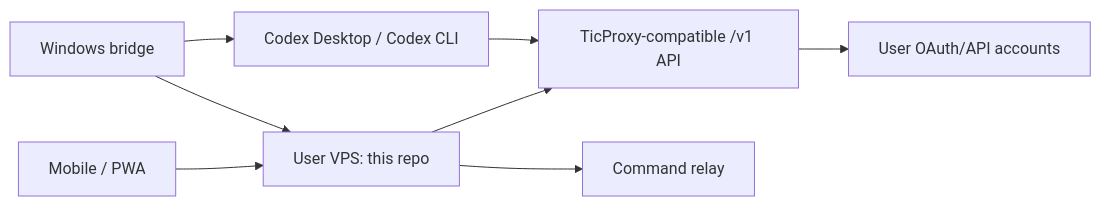
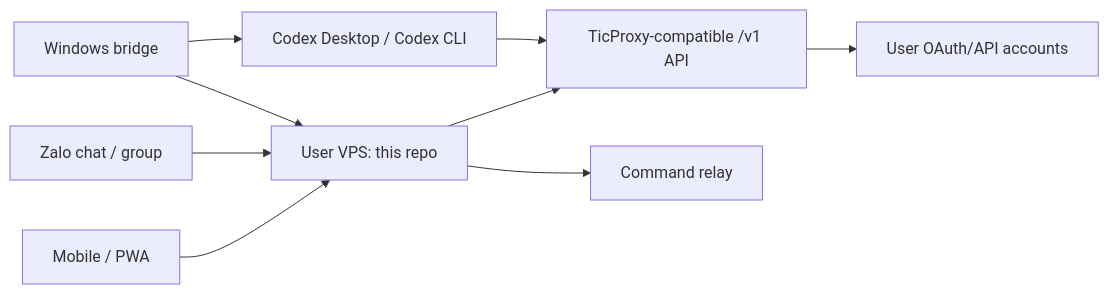
One commit to Ticmiro/codex-mobile-app-one-api-to-rule-them-all changed the diagram in README.md. Above: the diagram before and after it, drawn with Mermaid. The commit also changed other lines of this file and 11 other files, not shown here.

````diff
--- a/README.md
+++ b/README.md
@@ -53,10 +54,11 @@
 ```mermaid
 flowchart LR
   Phone["Mobile / PWA"] --> Server["User VPS: this repo"]
   Server --> Proxy["TicProxy-compatible /v1 API"]
   Server --> Relay["Command relay"]
+  Zalo["Zalo chat / group"] --> Server
   Bridge["Windows bridge"] --> Server
   Bridge --> Codex["Codex Desktop / Codex CLI"]
   Codex --> Proxy
   Proxy --> Accounts["User OAuth/API accounts"]
 ```
````
